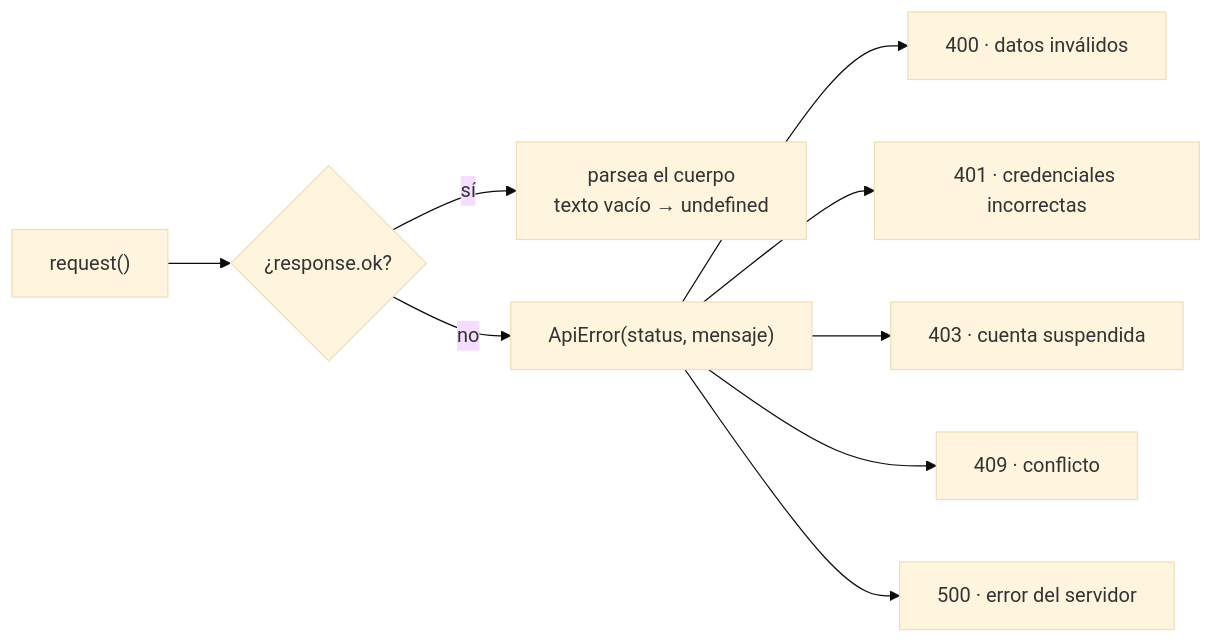
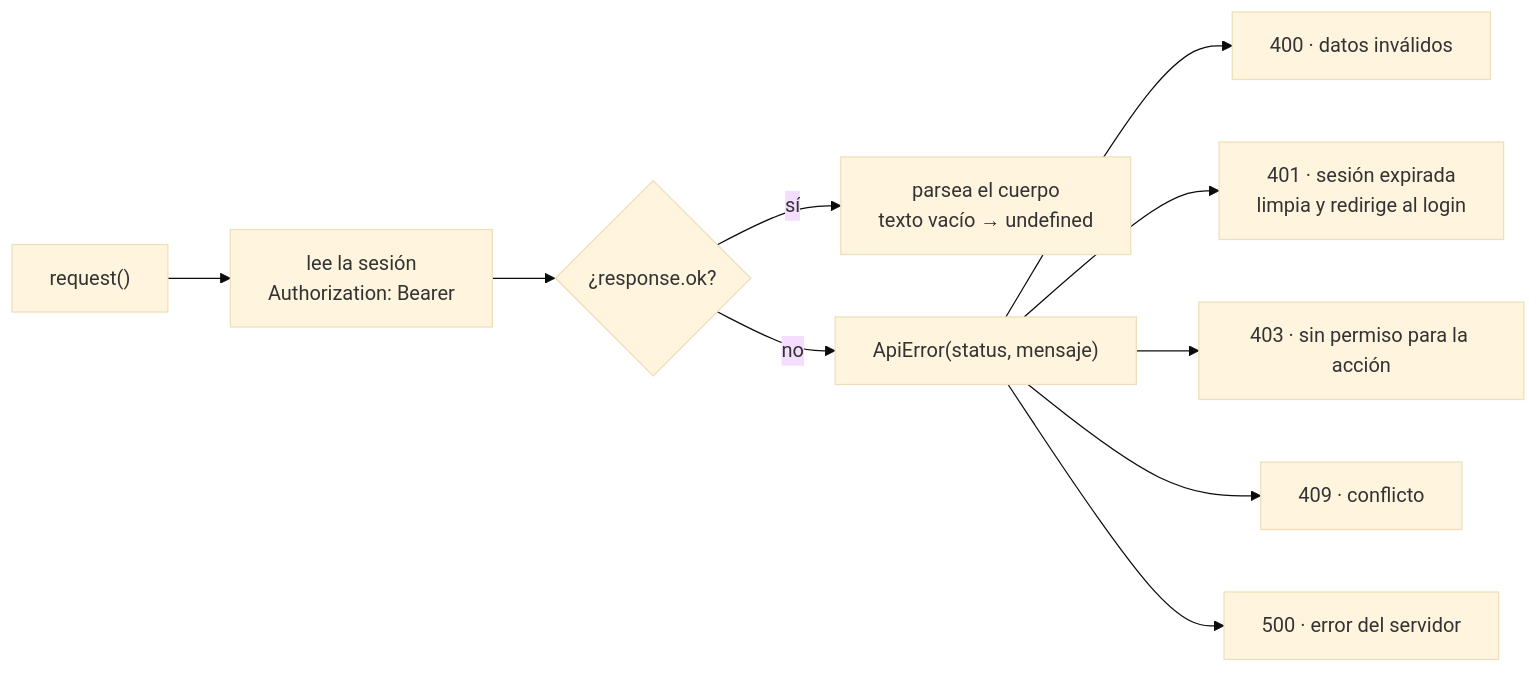
Before and after one commit to bleon133/FrontGestionUsuarios: the second of 4 diagrams in README.md, drawn with Mermaid (base theme). The commit also changed other lines of this file and 27 other files, not shown here.

Commit message:
Envía el token JWT en cada petición y maneja sesión expirada

````diff
--- a/README.md
+++ b/README.md
@@ -132,11 +136,12 @@
 ```mermaid
 flowchart LR
-    REQ["request()"] --> OK{"¿response.ok?"}
+    REQ["request()"] --> TOK["lee la sesión<br/>Authorization: Bearer"]
+    TOK --> OK{"¿response.ok?"}
     OK -->|sí| BODY["parsea el cuerpo<br/>texto vacío → undefined"]
     OK -->|no| ERR["ApiError(status, mensaje)"]
     ERR --> M400["400 · datos inválidos"]
-    ERR --> M401["401 · credenciales incorrectas"]
-    ERR --> M403["403 · cuenta suspendida"]
+    ERR --> M401["401 · sesión expirada<br/>limpia y redirige al login"]
+    ERR --> M403["403 · sin permiso para la acción"]
     ERR --> M409["409 · conflicto"]
     ERR --> M500["500 · error del servidor"]
 ```
````
